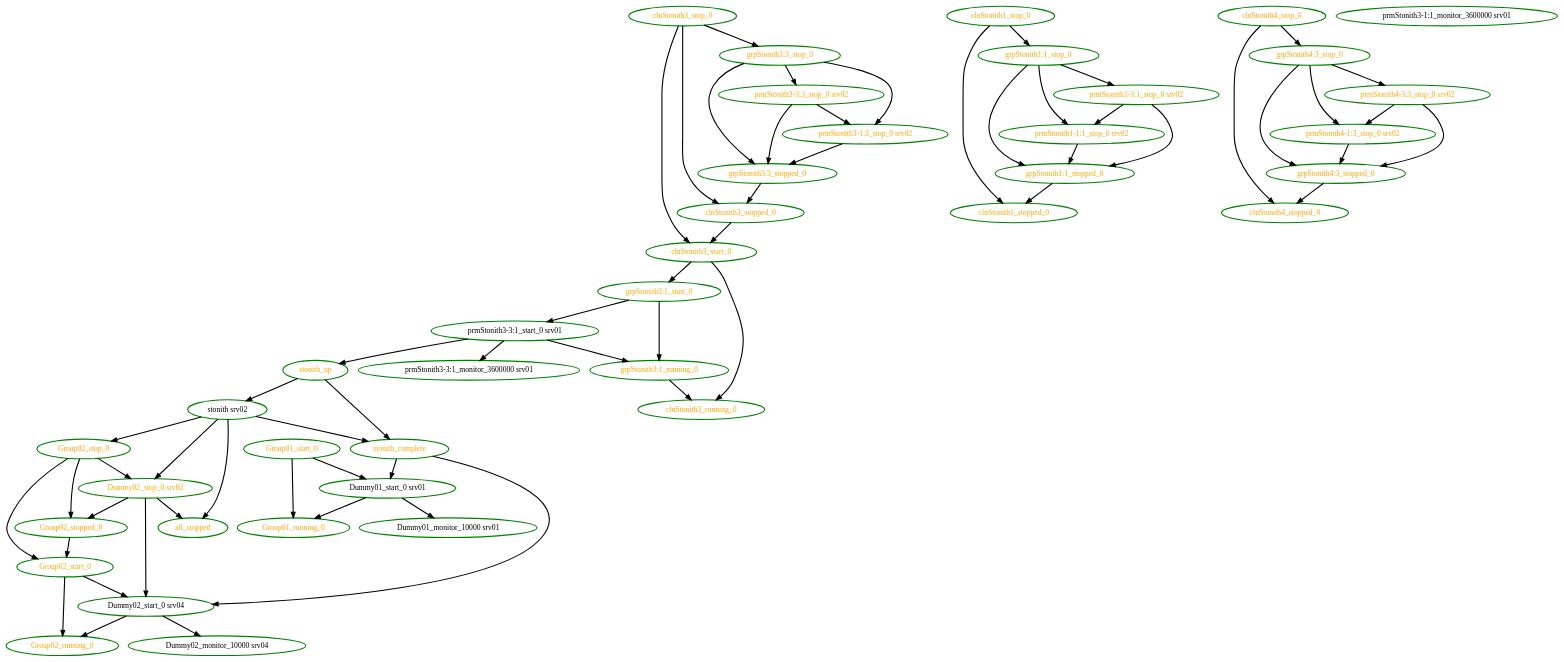
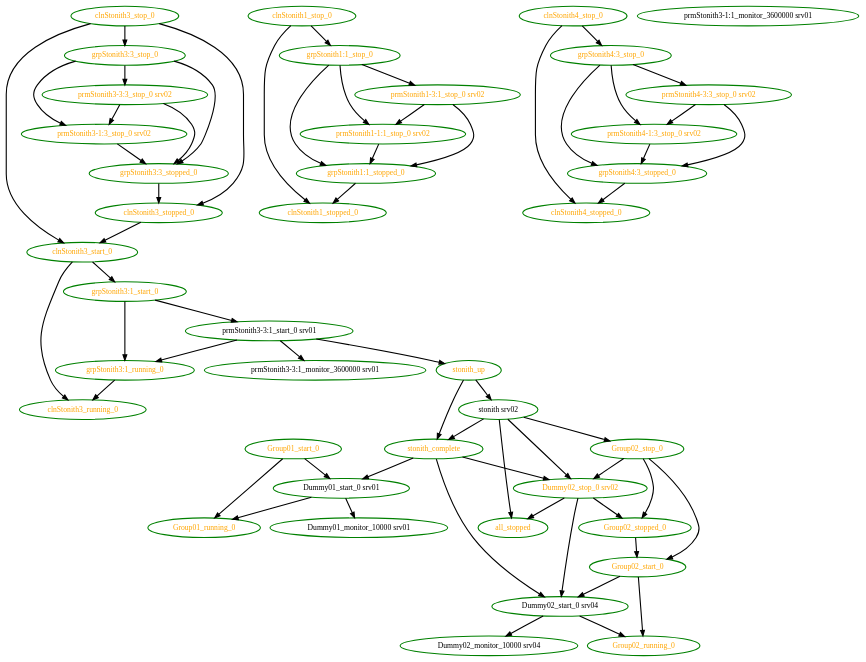
Before and after one commit to ClusterLabs/pacemaker-1.0: the diagram in pengine/test10/bug-lf-2508.dot, drawn with Graphviz. The commit also changed 50 other files, not shown here.

```diff
--- a/pengine/test10/bug-lf-2508.dot
+++ b/pengine/test10/bug-lf-2508.dot
@@ -1,102 +1,103 @@
 digraph "g" {
 "Dummy01_monitor_10000 srv01" [ style=bold color="green" fontcolor="black"  ]
 "Dummy01_start_0 srv01" -> "Dummy01_monitor_10000 srv01" [ style = bold]
 "Dummy01_start_0 srv01" -> "Group01_running_0" [ style = bold]
 "Dummy01_start_0 srv01" [ style=bold color="green" fontcolor="black"  ]
 "Dummy02_monitor_10000 srv04" [ style=bold color="green" fontcolor="black"  ]
 "Dummy02_start_0 srv04" -> "Dummy02_monitor_10000 srv04" [ style = bold]
 "Dummy02_start_0 srv04" -> "Group02_running_0" [ style = bold]
 "Dummy02_start_0 srv04" [ style=bold color="green" fontcolor="black"  ]
 "Dummy02_stop_0 srv02" -> "Dummy02_start_0 srv04" [ style = bold]
 "Dummy02_stop_0 srv02" -> "Group02_stopped_0" [ style = bold]
 "Dummy02_stop_0 srv02" -> "all_stopped" [ style = bold]
 "Dummy02_stop_0 srv02" [ style=bold color="green" fontcolor="orange"  ]
 "Group01_running_0" [ style=bold color="green" fontcolor="orange"  ]
 "Group01_start_0" -> "Dummy01_start_0 srv01" [ style = bold]
 "Group01_start_0" -> "Group01_running_0" [ style = bold]
 "Group01_start_0" [ style=bold color="green" fontcolor="orange"  ]
 "Group02_running_0" [ style=bold color="green" fontcolor="orange"  ]
 "Group02_start_0" -> "Dummy02_start_0 srv04" [ style = bold]
 "Group02_start_0" -> "Group02_running_0" [ style = bold]
 "Group02_start_0" [ style=bold color="green" fontcolor="orange"  ]
 "Group02_stop_0" -> "Dummy02_stop_0 srv02" [ style = bold]
 "Group02_stop_0" -> "Group02_start_0" [ style = bold]
 "Group02_stop_0" -> "Group02_stopped_0" [ style = bold]
 "Group02_stop_0" [ style=bold color="green" fontcolor="orange"  ]
 "Group02_stopped_0" -> "Group02_start_0" [ style = bold]
 "Group02_stopped_0" [ style=bold color="green" fontcolor="orange"  ]
 "all_stopped" [ style=bold color="green" fontcolor="orange"  ]
 "clnStonith1_stop_0" -> "clnStonith1_stopped_0" [ style = bold]
 "clnStonith1_stop_0" -> "grpStonith1:1_stop_0" [ style = bold]
 "clnStonith1_stop_0" [ style=bold color="green" fontcolor="orange"  ]
 "clnStonith1_stopped_0" [ style=bold color="green" fontcolor="orange"  ]
 "clnStonith3_running_0" [ style=bold color="green" fontcolor="orange"  ]
 "clnStonith3_start_0" -> "clnStonith3_running_0" [ style = bold]
 "clnStonith3_start_0" -> "grpStonith3:1_start_0" [ style = bold]
 "clnStonith3_start_0" [ style=bold color="green" fontcolor="orange"  ]
 "clnStonith3_stop_0" -> "clnStonith3_start_0" [ style = bold]
 "clnStonith3_stop_0" -> "clnStonith3_stopped_0" [ style = bold]
 "clnStonith3_stop_0" -> "grpStonith3:3_stop_0" [ style = bold]
 "clnStonith3_stop_0" [ style=bold color="green" fontcolor="orange"  ]
 "clnStonith3_stopped_0" -> "clnStonith3_start_0" [ style = bold]
 "clnStonith3_stopped_0" [ style=bold color="green" fontcolor="orange"  ]
 "clnStonith4_stop_0" -> "clnStonith4_stopped_0" [ style = bold]
 "clnStonith4_stop_0" -> "grpStonith4:3_stop_0" [ style = bold]
 "clnStonith4_stop_0" [ style=bold color="green" fontcolor="orange"  ]
 "clnStonith4_stopped_0" [ style=bold color="green" fontcolor="orange"  ]
 "grpStonith1:1_stop_0" -> "grpStonith1:1_stopped_0" [ style = bold]
 "grpStonith1:1_stop_0" -> "prmStonith1-1:1_stop_0 srv02" [ style = bold]
 "grpStonith1:1_stop_0" -> "prmStonith1-3:1_stop_0 srv02" [ style = bold]
 "grpStonith1:1_stop_0" [ style=bold color="green" fontcolor="orange"  ]
 "grpStonith1:1_stopped_0" -> "clnStonith1_stopped_0" [ style = bold]
 "grpStonith1:1_stopped_0" [ style=bold color="green" fontcolor="orange"  ]
 "grpStonith3:1_running_0" -> "clnStonith3_running_0" [ style = bold]
 "grpStonith3:1_running_0" [ style=bold color="green" fontcolor="orange"  ]
 "grpStonith3:1_start_0" -> "grpStonith3:1_running_0" [ style = bold]
 "grpStonith3:1_start_0" -> "prmStonith3-3:1_start_0 srv01" [ style = bold]
 "grpStonith3:1_start_0" [ style=bold color="green" fontcolor="orange"  ]
 "grpStonith3:3_stop_0" -> "grpStonith3:3_stopped_0" [ style = bold]
 "grpStonith3:3_stop_0" -> "prmStonith3-1:3_stop_0 srv02" [ style = bold]
 "grpStonith3:3_stop_0" -> "prmStonith3-3:3_stop_0 srv02" [ style = bold]
 "grpStonith3:3_stop_0" [ style=bold color="green" fontcolor="orange"  ]
 "grpStonith3:3_stopped_0" -> "clnStonith3_stopped_0" [ style = bold]
 "grpStonith3:3_stopped_0" [ style=bold color="green" fontcolor="orange"  ]
 "grpStonith4:3_stop_0" -> "grpStonith4:3_stopped_0" [ style = bold]
 "grpStonith4:3_stop_0" -> "prmStonith4-1:3_stop_0 srv02" [ style = bold]
 "grpStonith4:3_stop_0" -> "prmStonith4-3:3_stop_0 srv02" [ style = bold]
 "grpStonith4:3_stop_0" [ style=bold color="green" fontcolor="orange"  ]
 "grpStonith4:3_stopped_0" -> "clnStonith4_stopped_0" [ style = bold]
 "grpStonith4:3_stopped_0" [ style=bold color="green" fontcolor="orange"  ]
 "prmStonith1-1:1_stop_0 srv02" -> "grpStonith1:1_stopped_0" [ style = bold]
 "prmStonith1-1:1_stop_0 srv02" [ style=bold color="green" fontcolor="orange"  ]
 "prmStonith1-3:1_stop_0 srv02" -> "grpStonith1:1_stopped_0" [ style = bold]
 "prmStonith1-3:1_stop_0 srv02" -> "prmStonith1-1:1_stop_0 srv02" [ style = bold]
 "prmStonith1-3:1_stop_0 srv02" [ style=bold color="green" fontcolor="orange"  ]
 "prmStonith3-1:1_monitor_3600000 srv01" [ style=bold color="green" fontcolor="black"  ]
 "prmStonith3-1:3_stop_0 srv02" -> "grpStonith3:3_stopped_0" [ style = bold]
 "prmStonith3-1:3_stop_0 srv02" [ style=bold color="green" fontcolor="orange"  ]
 "prmStonith3-3:1_monitor_3600000 srv01" [ style=bold color="green" fontcolor="black"  ]
 "prmStonith3-3:1_start_0 srv01" -> "grpStonith3:1_running_0" [ style = bold]
 "prmStonith3-3:1_start_0 srv01" -> "prmStonith3-3:1_monitor_3600000 srv01" [ style = bold]
 "prmStonith3-3:1_start_0 srv01" -> "stonith_up" [ style = bold]
 "prmStonith3-3:1_start_0 srv01" [ style=bold color="green" fontcolor="black"  ]
 "prmStonith3-3:3_stop_0 srv02" -> "grpStonith3:3_stopped_0" [ style = bold]
 "prmStonith3-3:3_stop_0 srv02" -> "prmStonith3-1:3_stop_0 srv02" [ style = bold]
 "prmStonith3-3:3_stop_0 srv02" [ style=bold color="green" fontcolor="orange"  ]
 "prmStonith4-1:3_stop_0 srv02" -> "grpStonith4:3_stopped_0" [ style = bold]
 "prmStonith4-1:3_stop_0 srv02" [ style=bold color="green" fontcolor="orange"  ]
 "prmStonith4-3:3_stop_0 srv02" -> "grpStonith4:3_stopped_0" [ style = bold]
 "prmStonith4-3:3_stop_0 srv02" -> "prmStonith4-1:3_stop_0 srv02" [ style = bold]
 "prmStonith4-3:3_stop_0 srv02" [ style=bold color="green" fontcolor="orange"  ]
 "stonith srv02" -> "Dummy02_stop_0 srv02" [ style = bold]
 "stonith srv02" -> "Group02_stop_0" [ style = bold]
 "stonith srv02" -> "all_stopped" [ style = bold]
 "stonith srv02" -> "stonith_complete" [ style = bold]
 "stonith srv02" [ style=bold color="green" fontcolor="black"  ]
 "stonith_complete" -> "Dummy01_start_0 srv01" [ style = bold]
 "stonith_complete" -> "Dummy02_start_0 srv04" [ style = bold]
+"stonith_complete" -> "Dummy02_stop_0 srv02" [ style = bold]
 "stonith_complete" [ style=bold color="green" fontcolor="orange"  ]
 "stonith_up" -> "stonith srv02" [ style = bold]
 "stonith_up" -> "stonith_complete" [ style = bold]
 "stonith_up" [ style=bold color="green" fontcolor="orange"  ]
 }
```
